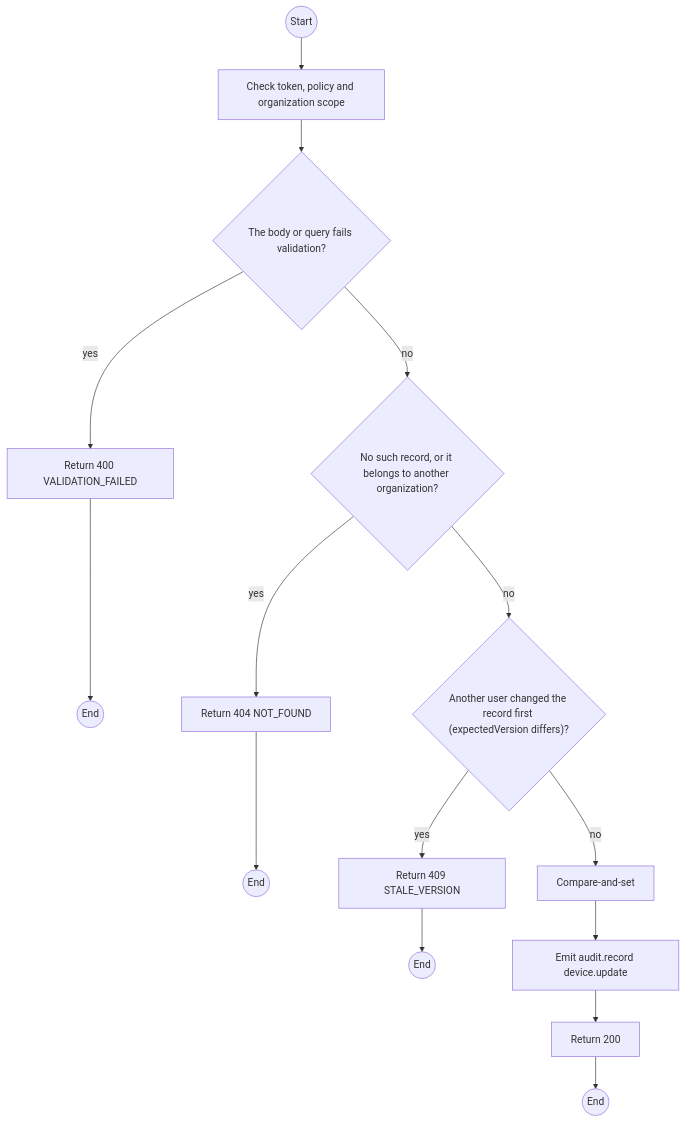
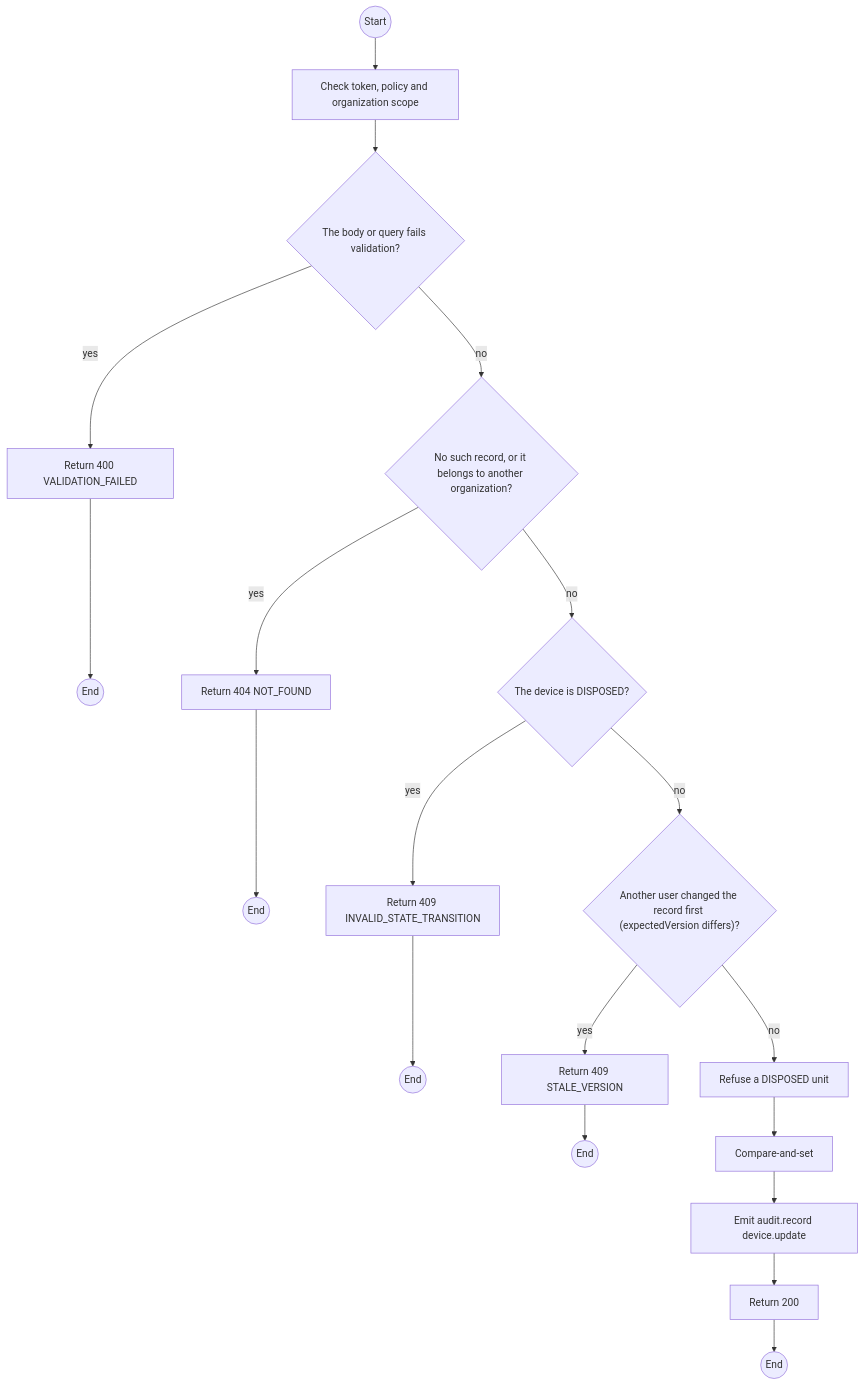
The first of 2 diagrams in specs/devices/api-design/08-patch-devices-id.md (TrekLink-Team/treklink-web), drawn with Mermaid before and after one commit. The commit also changed other lines of this file and 3 other files, not shown here.

First line of the commit message:
fix: refuse a firmware edit on a disposed device

````diff
--- a/specs/devices/api-design/08-patch-devices-id.md
+++ b/specs/devices/api-design/08-patch-devices-id.md
@@ -172,28 +189,35 @@
 ```mermaid
 flowchart TB
     S((Start))
     A0["Check token, policy and organization scope"]
     S --> A0
     D1{"The body or query fails validation?"}
     A0 --> D1
     E1["Return 400 VALIDATION_FAILED"]
     D1 -->|yes| E1
     E1 --> X1((End))
     D2{"No such record, or it belongs to another organization?"}
     D1 -->|no| D2
     E2["Return 404 NOT_FOUND"]
     D2 -->|yes| E2
     E2 --> X2((End))
-    D3{"Another user changed the record first (expectedVersion differs)?"}
+    D3{"The device is DISPOSED?"}
     D2 -->|no| D3
-    E3["Return 409 STALE_VERSION"]
+    E3["Return 409 INVALID_STATE_TRANSITION"]
     D3 -->|yes| E3
     E3 --> X3((End))
-    P0["Compare-and-set"]
-    D3 -->|no| P0
-    P1["Emit audit.record device.update"]
+    D4{"Another user changed the record first (expectedVersion differs)?"}
+    D3 -->|no| D4
+    E4["Return 409 STALE_VERSION"]
+    D4 -->|yes| E4
+    E4 --> X4((End))
+    P0["Refuse a DISPOSED unit"]
+    D4 -->|no| P0
+    P1["Compare-and-set"]
     P0 --> P1
+    P2["Emit audit.record device.update"]
+    P1 --> P2
     OK["Return 200"]
-    P1 --> OK
+    P2 --> OK
     OK --> Z((End))
 ```
````
